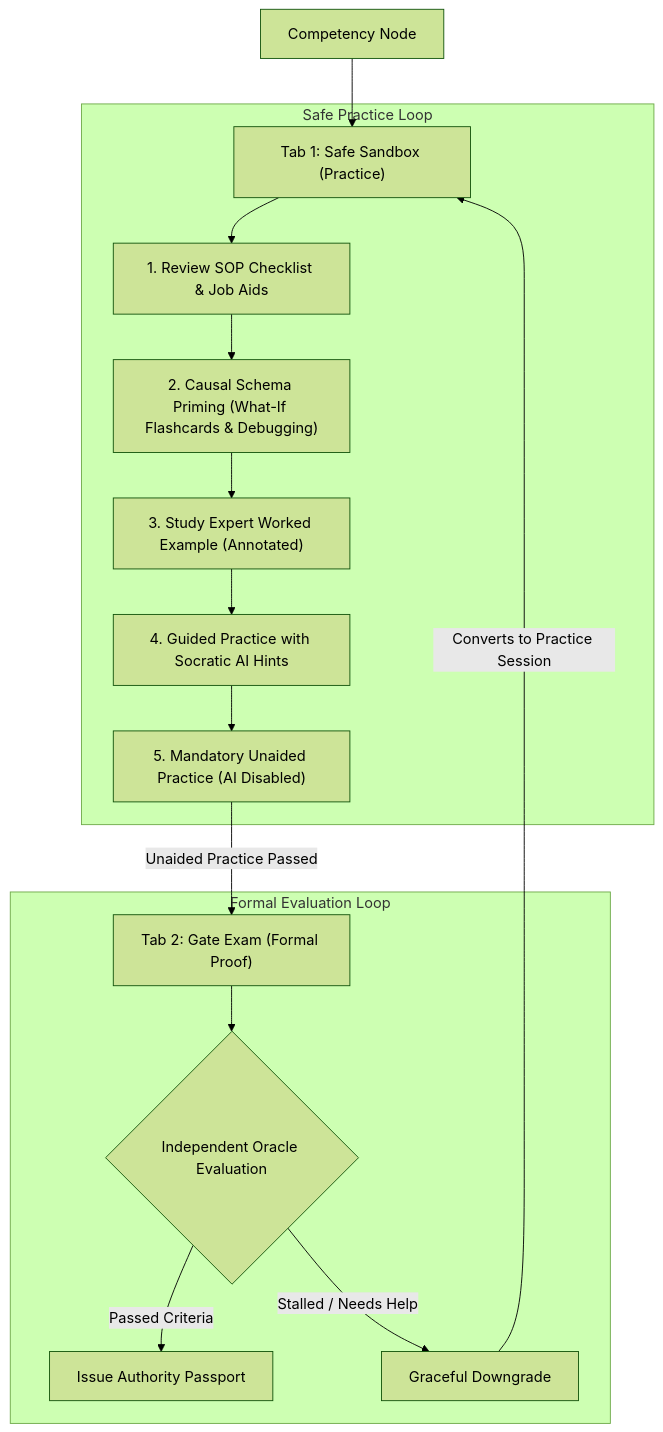
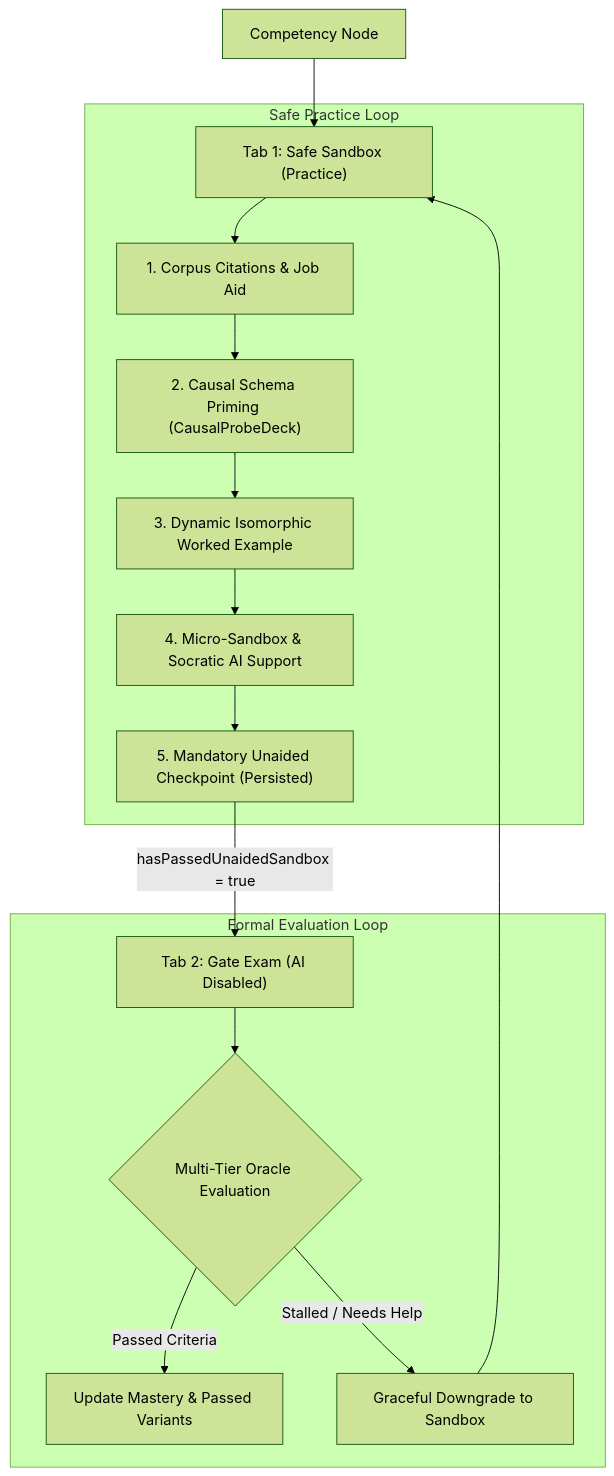
One commit to ihkaru/flashlearn changed the diagram in docs/architecture/04_solution_strategy.md. Above: the diagram before and after it, drawn with Mermaid (forest theme). The commit also changed other lines of this file and 69 other files, not shown here.

````diff
--- a/docs/architecture/04_solution_strategy.md
+++ b/docs/architecture/04_solution_strategy.md
@@ -42,22 +36,22 @@
 ```mermaid
 flowchart TD
     Node["Competency Node"] --> Tab1["Tab 1: Safe Sandbox (Practice)"]
-    
+
     subgraph Sandbox["Safe Practice Loop"]
-        Tab1 --> Step1["1. Review SOP Checklist & Job Aids"]
-        Step1 --> Step2["2. Causal Schema Priming (What-If Flashcards & Debugging)"]
-        Step2 --> Step3["3. Study Expert Worked Example (Annotated)"]
-        Step3 --> Step4["4. Guided Practice with Socratic AI Hints"]
-        Step4 --> Step5["5. Mandatory Unaided Practice (AI Disabled)"]
+        Tab1 --> Step1["1. Corpus Citations & Job Aid"]
+        Step1 --> Step2["2. Causal Schema Priming (CausalProbeDeck)"]
+        Step2 --> Step3["3. Dynamic Isomorphic Worked Example"]
+        Step3 --> Step4["4. Micro-Sandbox & Socratic AI Support"]
+        Step4 --> Step5["5. Mandatory Unaided Checkpoint (Persisted)"]
     end
-    
-    Step5 -->|"Unaided Practice Passed"| Tab2["Tab 2: Gate Exam (Formal Proof)"]
-    
+
+    Step5 -->|"hasPassedUnaidedSandbox = true"| Tab2["Tab 2: Gate Exam (AI Disabled)"]
+
     subgraph Exam["Formal Evaluation Loop"]
-        Tab2 --> Eval{"Independent Oracle Evaluation"}
-        Eval -->|"Passed Criteria"| Pass["Issue Authority Passport"]
-        Eval -->|"Stalled / Needs Help"| Downgrade["Graceful Downgrade"]
+        Tab2 --> Eval{"Multi-Tier Oracle Evaluation"}
+        Eval -->|"Passed Criteria"| Pass["Update Mastery & Passed Variants"]
+        Eval -->|"Stalled / Needs Help"| Downgrade["Graceful Downgrade to Sandbox"]
     end
-    
-    Downgrade -->|"Converts to Practice Session"| Tab1
+
+    Downgrade --> Tab1
 ```
````
